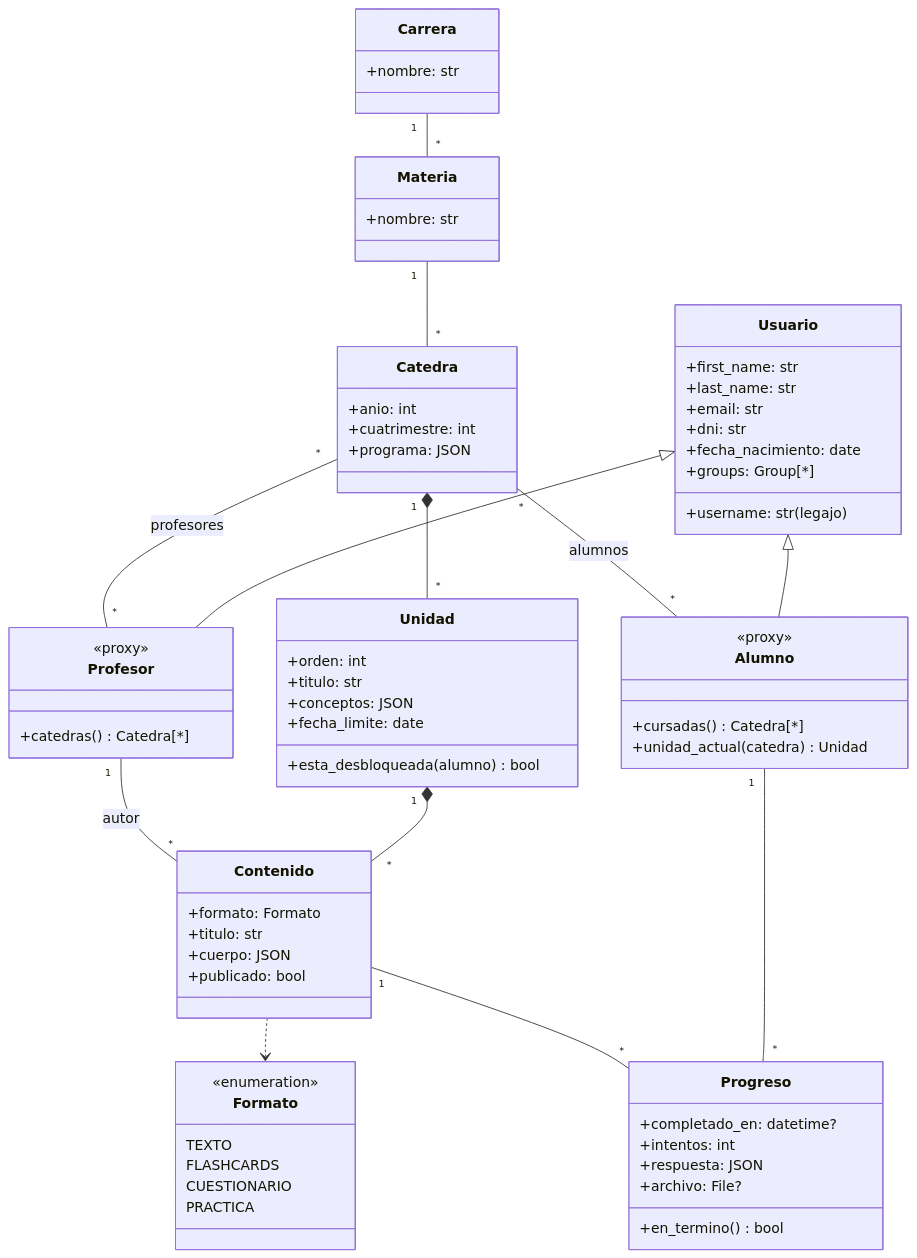
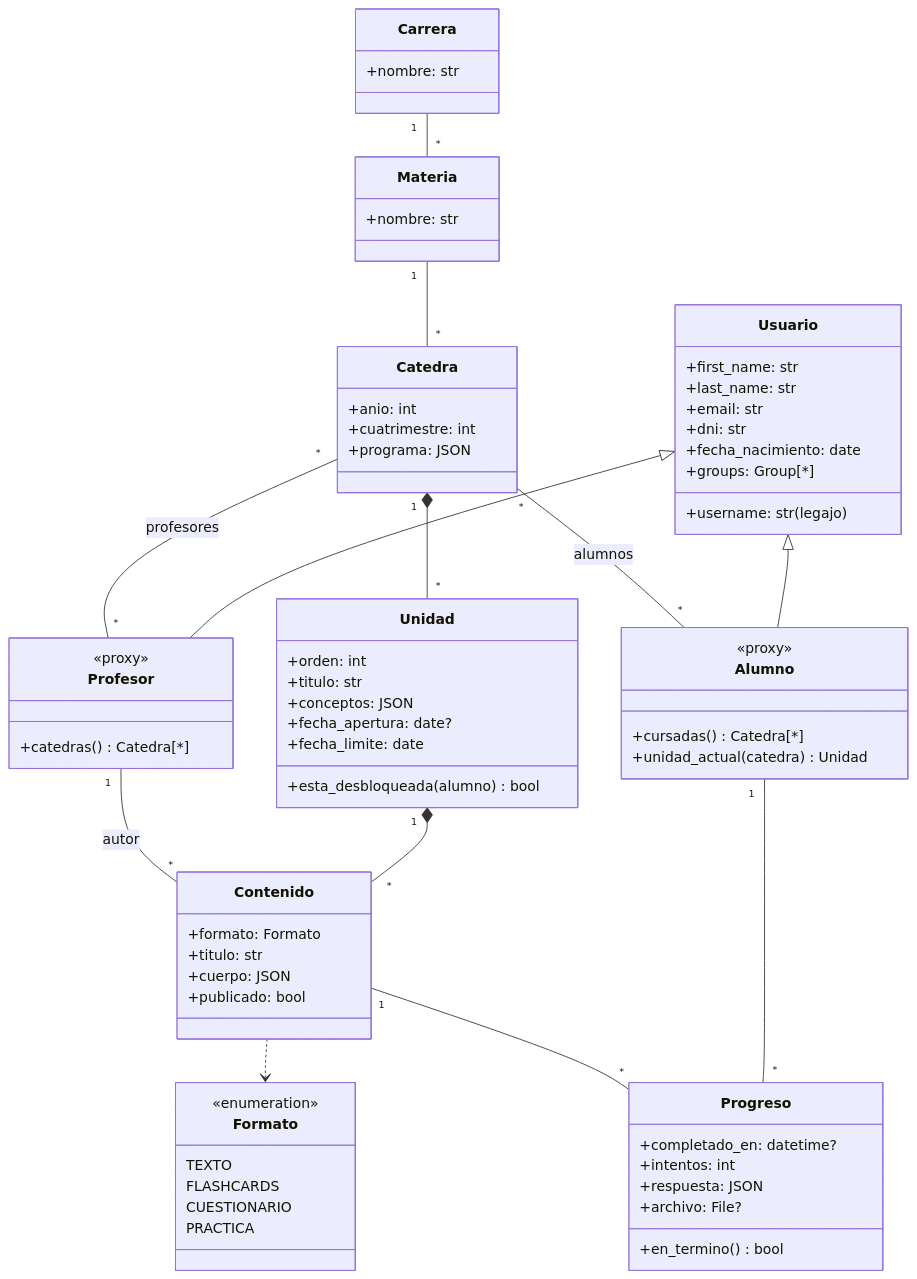
One commit to alesi753/Metodologia-y-Sistemas-grupo11 changed the diagram in docs/schemas/schema.mmd. Above: the diagram before and after it, drawn with Mermaid.

Commit message:
docs: fecha de apertura en schema

```diff
--- a/docs/schemas/schema.mmd
+++ b/docs/schemas/schema.mmd
@@ -1,82 +1,83 @@
 classDiagram
     direction TB
 
     class Usuario {
         +username: str (legajo)
         +first_name: str
         +last_name: str
         +email: str
         +dni: str
         +fecha_nacimiento: date
         +groups: Group[*]
     }
 
     class Alumno {
         <<proxy>>
         +cursadas() Catedra[*]
         +unidad_actual(catedra) Unidad
     }
 
     class Profesor {
         <<proxy>>
         +catedras() Catedra[*]
     }
 
     class Carrera {
         +nombre: str
     }
 
     class Materia {
         +nombre: str
     }
 
     class Catedra {
         +anio: int
         +cuatrimestre: int
         +programa: JSON
     }
 
     class Unidad {
         +orden: int
         +titulo: str
         +conceptos: JSON
+        +fecha_apertura: date?
         +fecha_limite: date
         +esta_desbloqueada(alumno) bool
     }
 
     class Contenido {
         +formato: Formato
         +titulo: str
         +cuerpo: JSON
         +publicado: bool
     }
 
     class Formato {
         <<enumeration>>
         TEXTO
         FLASHCARDS
         CUESTIONARIO
         PRACTICA
     }
 
     class Progreso {
         +completado_en: datetime?
         +intentos: int
         +respuesta: JSON
         +archivo: File?
         +en_termino() bool
     }
 
     Usuario <|-- Alumno
     Usuario <|-- Profesor
 
     Carrera "1" -- "*" Materia
     Materia "1" -- "*" Catedra
     Catedra "*" -- "*" Profesor : profesores
     Catedra "*" -- "*" Alumno : alumnos
     Catedra "1" *-- "*" Unidad
     Unidad "1" *-- "*" Contenido
     Contenido ..> Formato
     Profesor "1" -- "*" Contenido : autor
     Alumno "1" -- "*" Progreso
     Contenido "1" -- "*" Progreso
```
